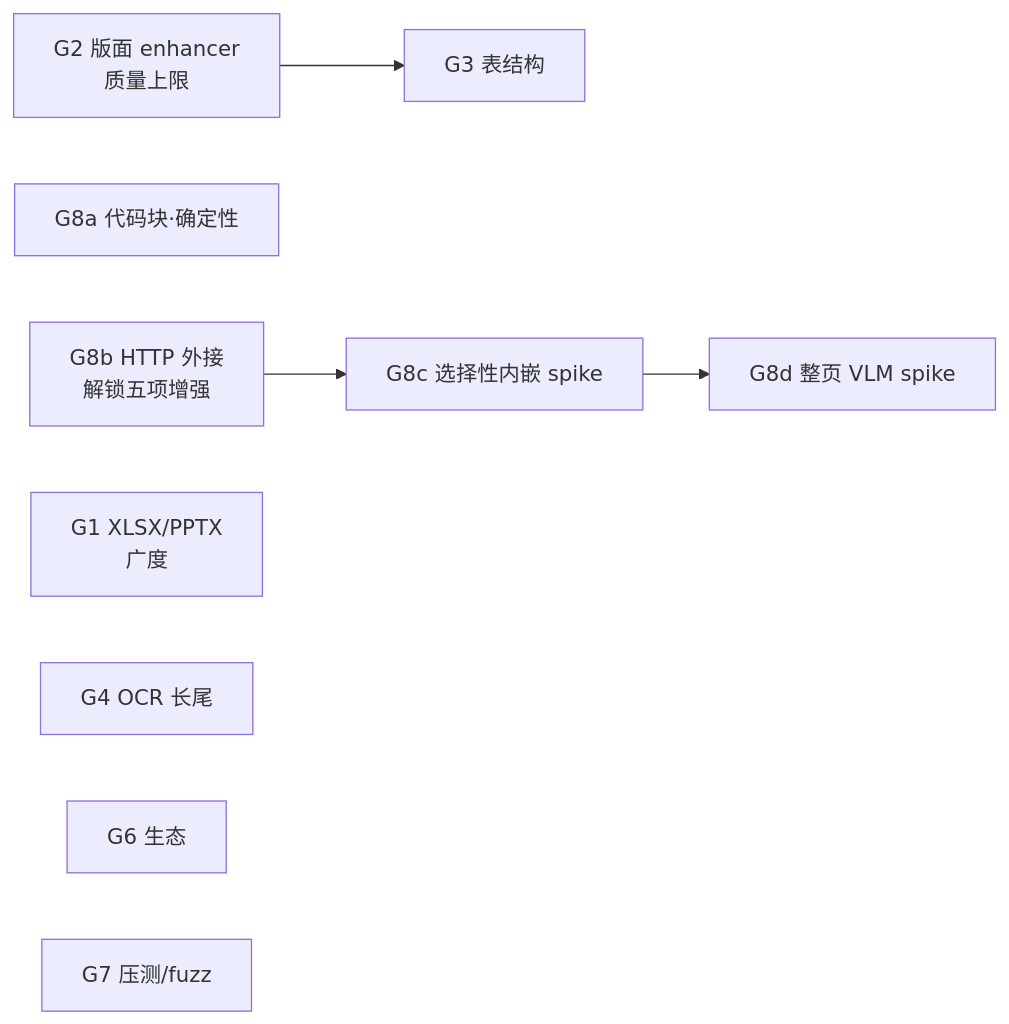
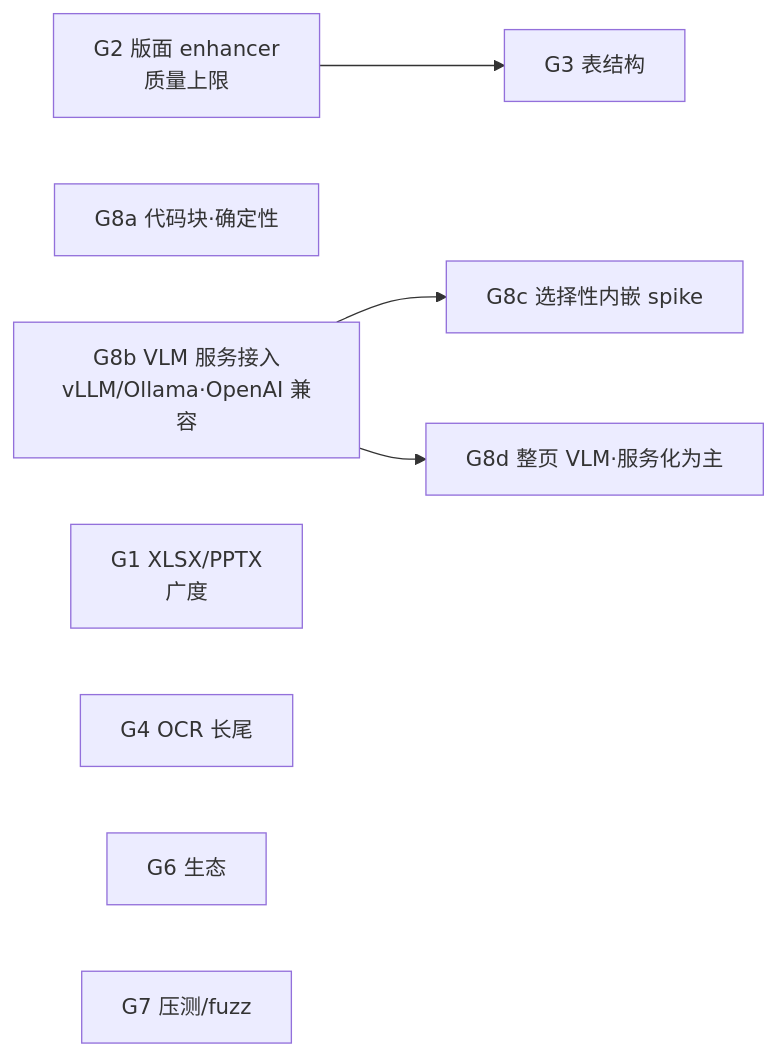
One commit to yzlabai/fastsearch changed the diagram in docs/plans/closing-docling-gaps.md. Above: the diagram before and after it, drawn with Mermaid. The commit also changed other lines of this file and 3 other files, not shown here.

First line of the commit message:
docs(plan): G8 VLM path targets OpenAI-compatible services (vLLM/Ollama/LM Studio)

````diff
--- a/docs/plans/closing-docling-gaps.md
+++ b/docs/plans/closing-docling-gaps.md
@@ -83,10 +89,11 @@
 ```mermaid
 flowchart LR
   G2[G2 版面 enhancer<br/>质量上限] --> G3[G3 表结构]
   G8a[G8a 代码块·确定性] 
-  G8b[G8b HTTP 外接<br/>解锁五项增强] --> G8c[G8c 选择性内嵌 spike] --> G8d[G8d 整页 VLM spike]
+  G8b[G8b VLM 服务接入<br/>vLLM/Ollama·OpenAI 兼容] --> G8c[G8c 选择性内嵌 spike]
+  G8b --> G8d[G8d 整页 VLM·服务化为主]
   G1[G1 XLSX/PPTX<br/>广度]
   G4[G4 OCR 长尾]
   G6[G6 生态]
   G7[G7 压测/fuzz]
 ```
````
